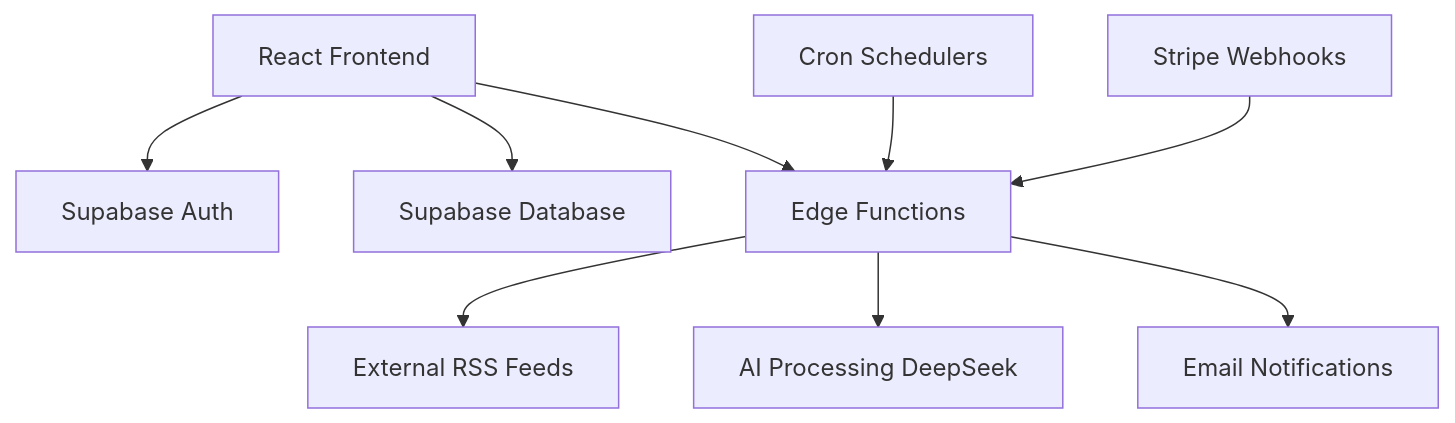
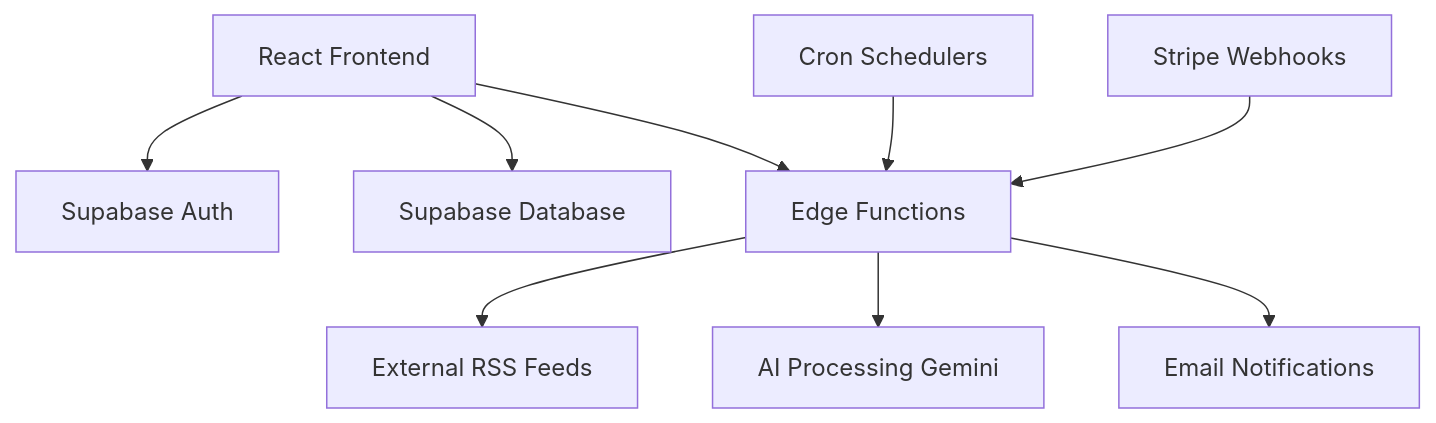
One commit to happynocode/flowsense changed the diagram in README.md. Above: the diagram before and after it, drawn with Mermaid. The commit also changed other lines of this file and 59 other files, not shown here.

Commit message:
Rebrand to FlowSense

````diff
--- a/README.md
+++ b/README.md
@@ -32,13 +32,13 @@
 ```mermaid
 graph TD
     A[React Frontend] --> B[Supabase Auth]
     A --> C[Supabase Database]
     A --> D[Edge Functions]
     
     E[Cron Schedulers] --> D
     D --> F[External RSS Feeds]
-    D --> G[AI Processing DeepSeek]
+    D --> G[AI Processing Gemini]
     
     H[Stripe Webhooks] --> D
     D --> I[Email Notifications]
 ```
````
